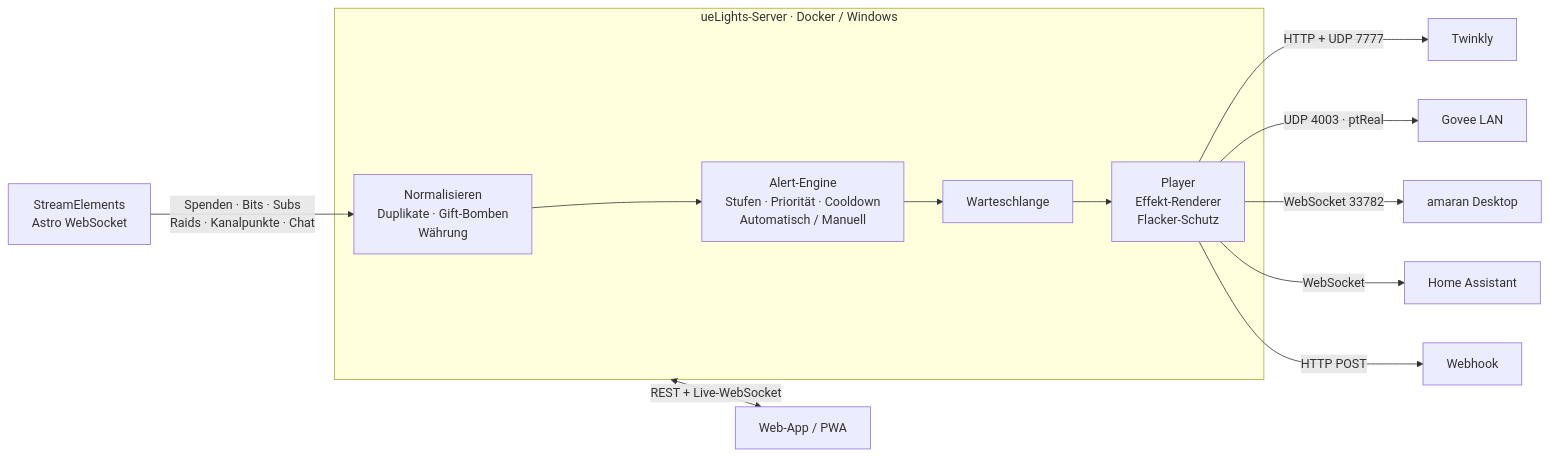
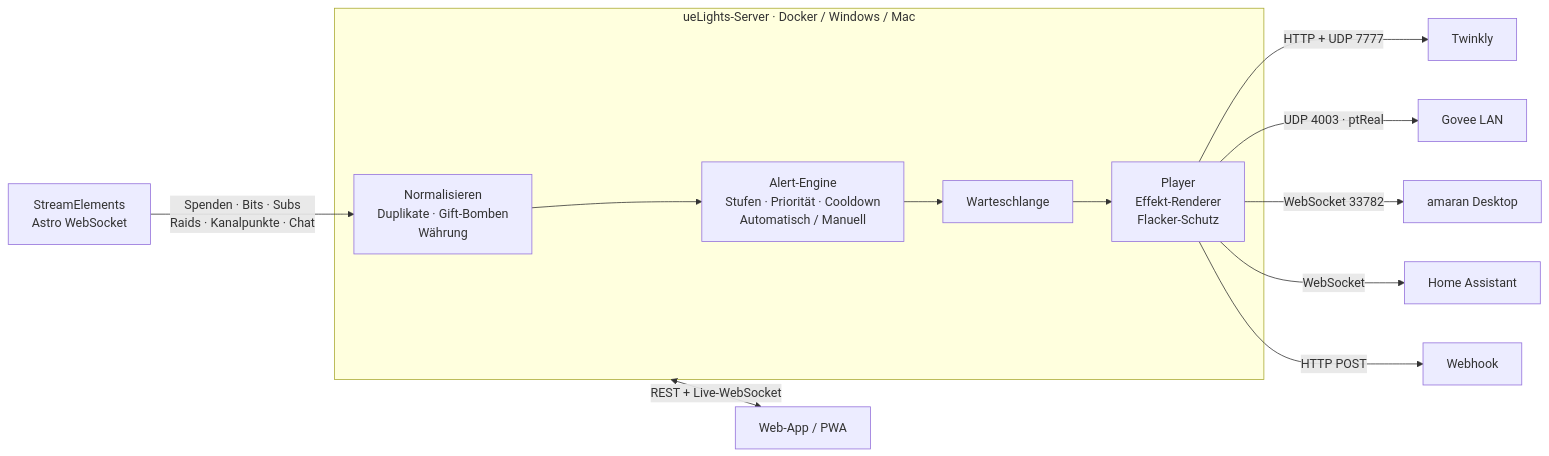
Before and after one commit to Intracy/ueLights: the diagram in README.md, drawn with Mermaid. The commit also changed other lines of this file and 5 other files, not shown here.

````diff
--- a/README.md
+++ b/README.md
@@ -141,14 +143,14 @@
 ```mermaid
 flowchart LR
   SE["StreamElements<br/>Astro WebSocket"] -- "Spenden · Bits · Subs<br/>Raids · Kanalpunkte · Chat" --> N
-  subgraph S["ueLights-Server · Docker / Windows"]
+  subgraph S["ueLights-Server · Docker / Windows / Mac"]
     N["Normalisieren<br/>Duplikate · Gift-Bomben<br/>Währung"] --> E["Alert-Engine<br/>Stufen · Priorität · Cooldown<br/>Automatisch / Manuell"]
     E --> Q["Warteschlange"] --> P["Player<br/>Effekt-Renderer<br/>Flacker-Schutz"]
   end
   P -- "HTTP + UDP 7777" --> TW["Twinkly"]
   P -- "UDP 4003 · ptReal" --> GV["Govee LAN"]
   P -- "WebSocket 33782" --> AM["amaran Desktop"]
   P -- "WebSocket" --> HA["Home Assistant"]
   P -- "HTTP POST" --> WH["Webhook"]
   S <-- "REST + Live-WebSocket" --> UI["Web-App / PWA"]
 ```
````
